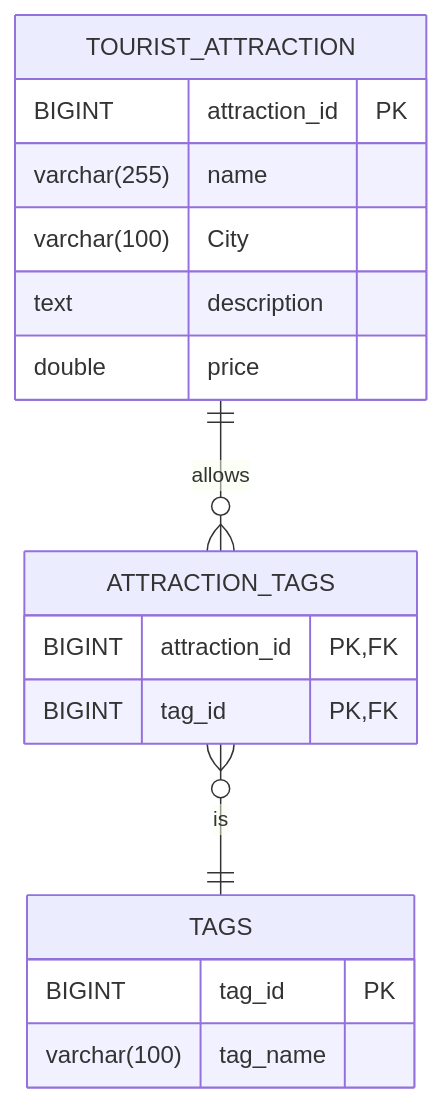
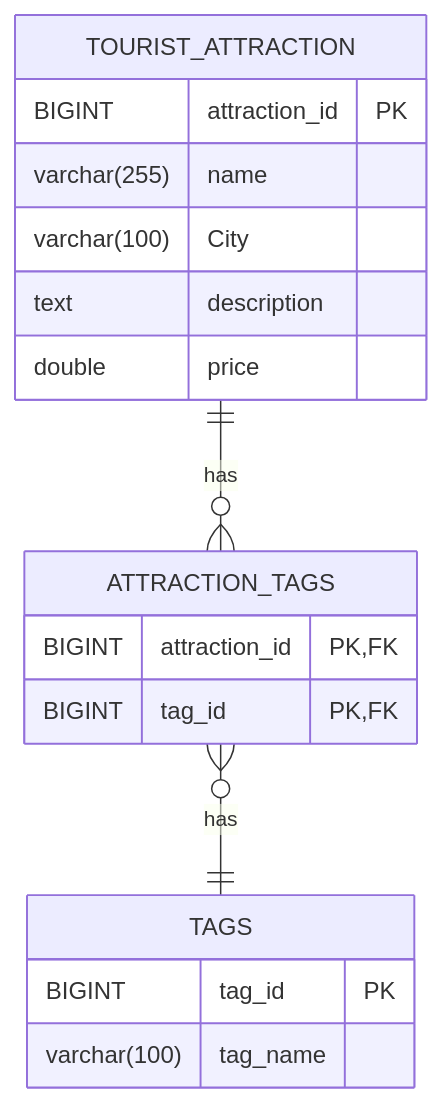
One commit to Walterb0b/TouristGuideDel3 changed the diagram in docs/ER-diagram.md. Above: the diagram before and after it, drawn with Mermaid. The commit also changed 2 other files, not shown here.

Commit message:
error page

````diff
--- a/docs/ER-diagram.md
+++ b/docs/ER-diagram.md
@@ -1,22 +1,22 @@
 ```mermaid
 erDiagram
-    TOURIST_ATTRACTION ||--o{ ATTRACTION_TAGS : allows
+    TOURIST_ATTRACTION ||--o{ ATTRACTION_TAGS : has
     TOURIST_ATTRACTION {
         BIGINT attraction_id PK
         varchar(255) name
         varchar(100) City
         text description
         double price
  }
     
-    ATTRACTION_TAGS }o--||TAGS : is
+    ATTRACTION_TAGS }o--||TAGS : has
     ATTRACTION_TAGS {
         BIGINT attraction_id PK,FK
         BIGINT tag_id PK,FK
     }
     
     TAGS {
         BIGINT tag_id PK
         varchar(100) tag_name
     }
 ```
````
